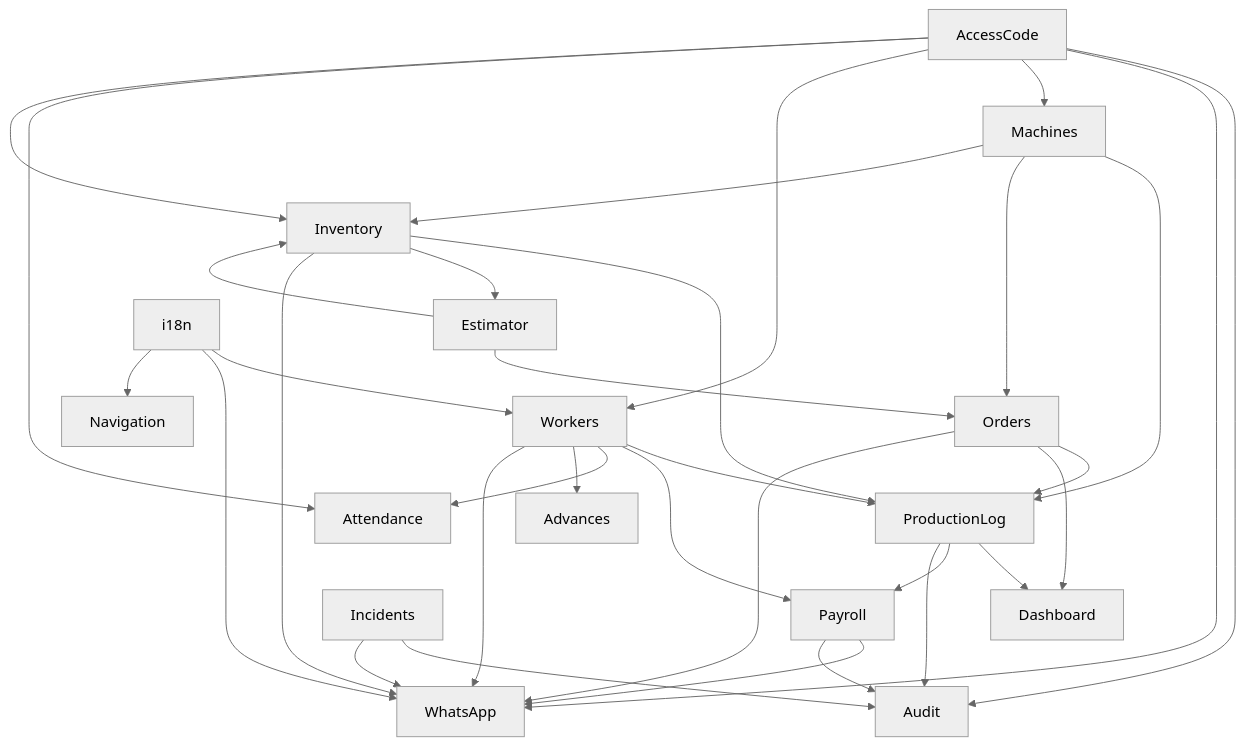
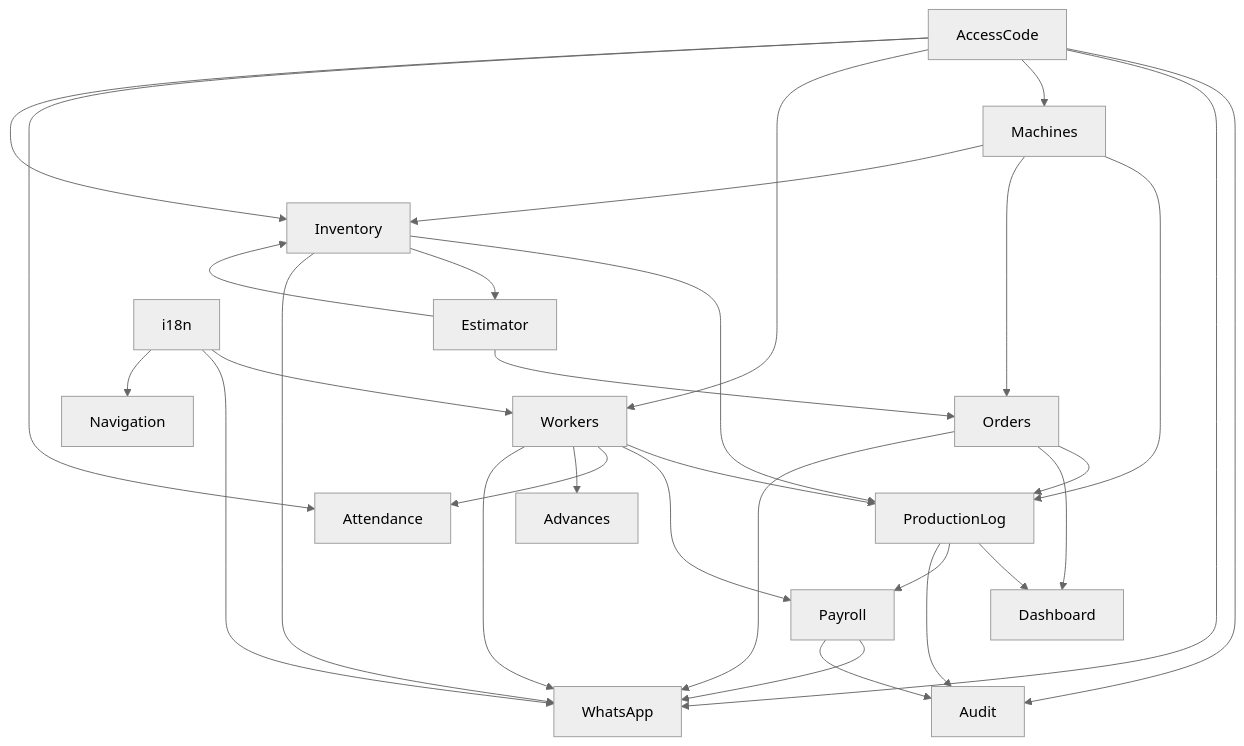
The diagram in FEATURE_ANALYSIS_PART2.md (Rajp2002/TextileAccounting), drawn with Mermaid (neutral theme) before and after one commit. The commit also changed other lines of this file and 12 other files, not shown here.

````diff
--- a/FEATURE_ANALYSIS_PART2.md
+++ b/FEATURE_ANALYSIS_PART2.md
@@ -800,44 +733,41 @@
 ```mermaid
 graph TD
     Workers       --> ProductionLog
     Workers       --> Payroll
     Workers       --> Attendance
     Workers       --> Advances
     Workers       --> WhatsApp
 
     Machines      --> ProductionLog
     Machines      --> Orders
     Machines      --> Inventory
 
     Inventory     --> ProductionLog
     Inventory     --> Estimator
     Inventory     --> WhatsApp
 
     Orders        --> ProductionLog
     Orders        --> Dashboard
     Orders        --> WhatsApp
 
     ProductionLog --> Dashboard
     ProductionLog --> Payroll
     ProductionLog --> Audit
 
     Payroll       --> WhatsApp
     Payroll       --> Audit
 
     AccessCode    --> Audit
     AccessCode    --> WhatsApp
     AccessCode    --> Machines
     AccessCode    --> Workers
     AccessCode    --> Attendance
     AccessCode    --> Inventory
 
-    Incidents     --> Audit
-    Incidents     --> WhatsApp
-
     Estimator     --> Orders
     Estimator     --> Inventory
 
     i18n          --> Workers
     i18n          --> WhatsApp
     i18n          --> Navigation
 ```
````
